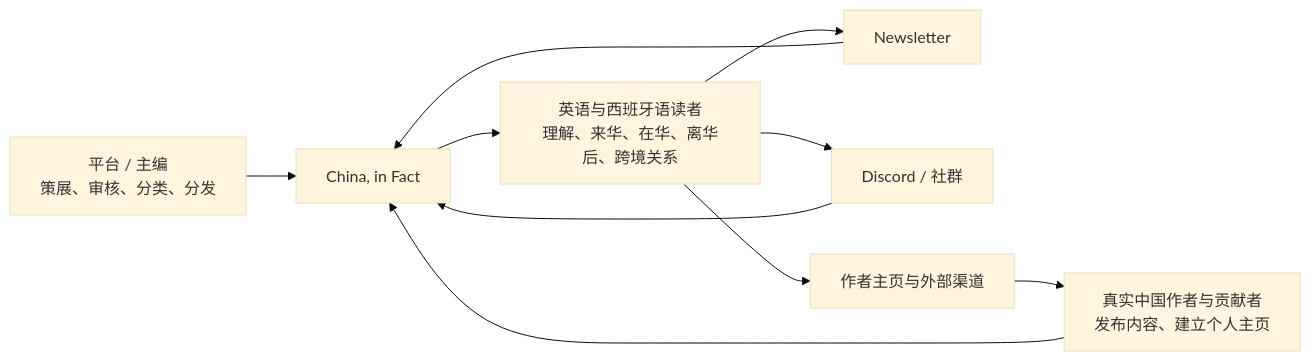
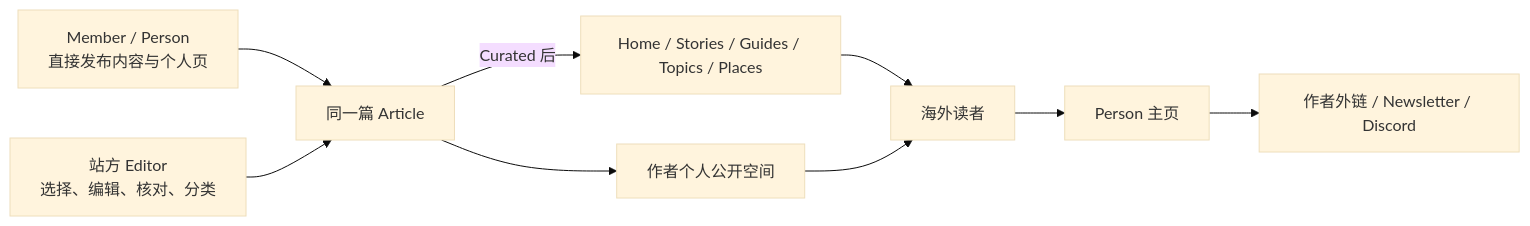
One commit to lonelyreader/chinaknowledge changed the first of 2 diagrams in docs/product-brief.md. Above: the diagram before and after it, drawn with Mermaid (base theme). The commit also changed other lines of this file and 16 other files, not shown here.

````diff
--- a/docs/product-brief.md
+++ b/docs/product-brief.md
@@ -43,12 +44,11 @@
 ```mermaid
 flowchart LR
-    A["平台 / 主编<br/>策展、审核、分类、分发"] --> H["China, in Fact"]
-    W["真实中国作者与贡献者<br/>发布内容、建立个人主页"] --> H
-    H --> R["英语与西班牙语读者<br/>理解、来华、在华、离华后、跨境关系"]
-    R --> N["Newsletter"]
-    R --> D["Discord / 社群"]
-    R --> P["作者主页与外部渠道"]
-    N --> H
-    D --> H
-    P --> W
+    M["Member / Person<br/>直接发布内容与个人页"] --> A["同一篇 Article"]
+    E["站方 Editor<br/>选择、编辑、核对、分类"] --> A
+    A --> P["作者个人公开空间"]
+    A -->|"Curated 后"| O["Home / Stories / Guides / Topics / Places"]
+    O --> R["海外读者"]
+    P --> R
+    R --> H["Person 主页"]
+    H --> X["作者外链 / Newsletter / Discord"]
 ```
````
